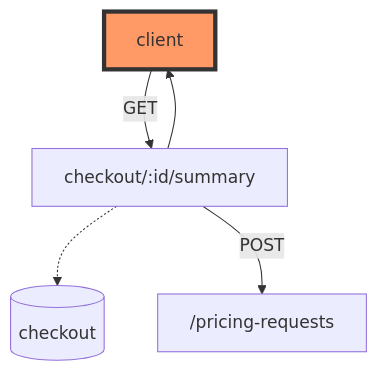
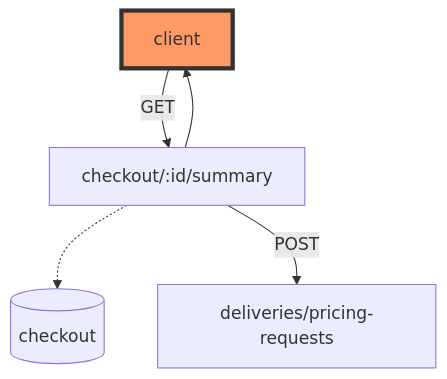
One commit to AnariMarketplace/marketplace-mvp-api-v1 changed the first of 3 diagrams in docs/process-flows/order-checkout.md. Above: the diagram before and after it, drawn with Mermaid. The commit also changed other lines of this file and 17 other files, not shown here.

````diff
--- a/docs/process-flows/order-checkout.md
+++ b/docs/process-flows/order-checkout.md
@@ -3,13 +3,13 @@
 ```mermaid
 
 flowchart TB
     client  --GET--> checkout/:id/summary
     checkout/:id/summary -.-> checkout-table[(checkout)]
-    checkout/:id/summary --POST--> /pricing-requests
+    checkout/:id/summary --POST--> deliveries/pricing-requests
     checkout/:id/summary --> client
 
 
 
     style client fill:#f96,stroke:#333,stroke-width:4px
 
 ```
````
